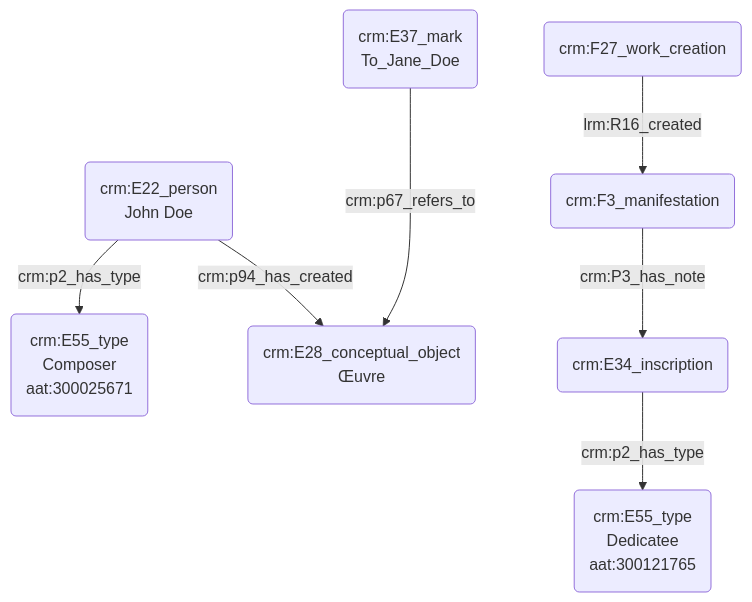
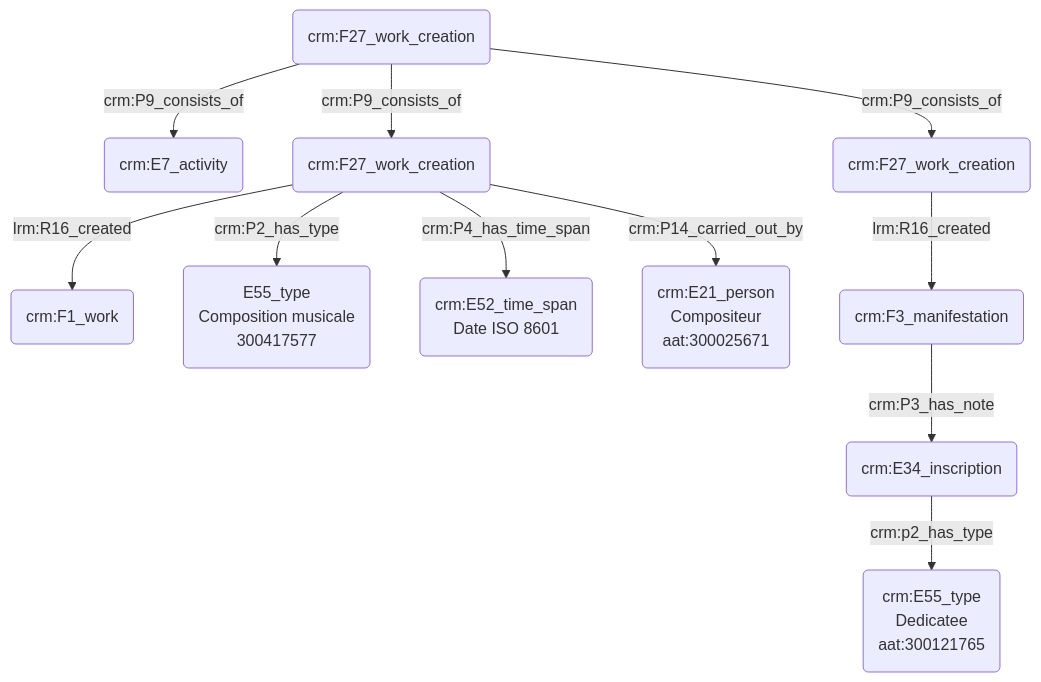
The diagram in modules/livrables/Dossier 2/Indexation conceptuelle/dédicataire d'une œuvre.md (Amleth/consortium-musica2-gt2-ontologies), drawn with Mermaid before and after one commit.

Commit message:
Update dédicataire d'une œuvre.md

````diff
--- a/modules/livrables/Dossier 2/Indexation conceptuelle/dédicataire d'une œuvre.md
+++ b/modules/livrables/Dossier 2/Indexation conceptuelle/dédicataire d'une œuvre.md
@@ -17,14 +17,21 @@
 ```mermaid
 graph TD;
 
-A(crm:E22_person<br>John Doe) --> |crm:p2_has_type| B(crm:E55_type<br>Composer<br>aat:300025671) 
-A(crm:E22_person<br>John Doe) --> |crm:p94_has_created| C(crm:E28_conceptual_object<br>Œuvre)
-D(crm:E37_mark<br>To_Jane_Doe) ---> |crm:p67_refers_to| C(crm:E28_conceptual_object<br>Œuvre)
+M(crm:F27_work_creation) --> |crm:P9_consists_of| C(crm:E7_activity)
+M(crm:F27_work_creation) --> |crm:P9_consists_of| A(crm:F27_work_creation)
+M(crm:F27_work_creation) --> |crm:P9_consists_of| G(crm:F27_work_creation)
+
+A(crm:F27_work_creation) --> |lrm:R16_created| B(crm:F1_work)
+A(crm:F27_work_creation) --> |crm:P2_has_type| N(E55_type<br>Composition musicale<br>300417577)
+A(crm:F27_work_creation) --> |crm:P4_has_time_span| J(crm:E52_time_span<br>Date ISO 8601)
+A(crm:F27_work_creation) --> |crm:P14_carried_out_by| L(crm:E21_person<br>Compositeur<br>aat:300025671)
+
+
 
 G(crm:F27_work_creation) --> |lrm:R16_created| E(crm:F3_manifestation) 
 E(crm:F3_manifestation) --> |crm:P3_has_note| H(crm:E34_inscription)
 H(crm:E34_inscription) --> |crm:p2_has_type| F(crm:E55_type<br>Dedicatee<br>aat:300121765)
 
 
 
 ```
````
